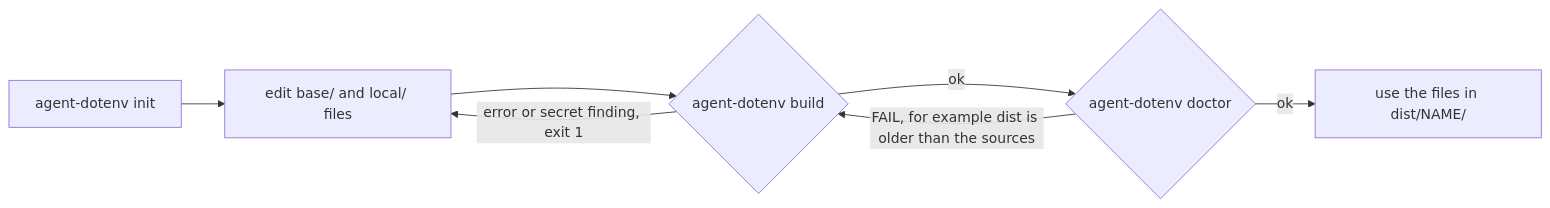
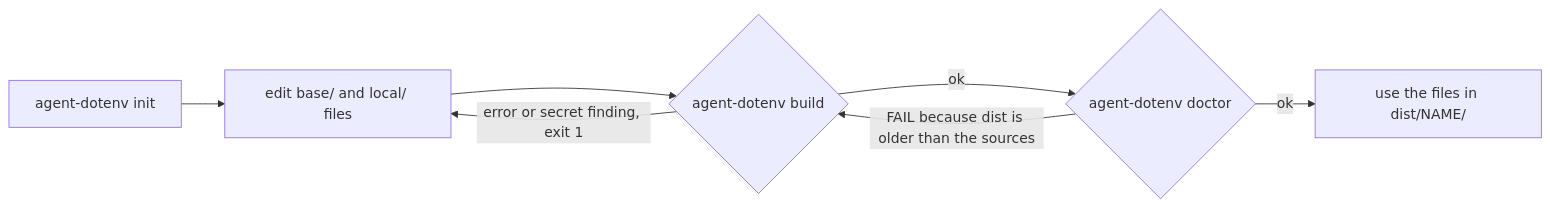
The first of 3 diagrams in README.md (suryast/agent-dotenv), drawn with Mermaid before and after one commit. The commit also changed 1 other file, not shown here.

Commit message:
docs: correct two diagram labels

````diff
--- a/README.md
+++ b/README.md
@@ -36,9 +36,9 @@
 ```mermaid
 flowchart LR
   I["agent-dotenv init"] --> E["edit base/ and local/ files"]
   E --> B{"agent-dotenv build"}
   B -- "error or secret finding, exit 1" --> E
   B -- "ok" --> D{"agent-dotenv doctor"}
-  D -- "FAIL, for example dist is older than the sources" --> B
+  D -- "FAIL because dist is older than the sources" --> B
   D -- "ok" --> U["use the files in dist/NAME/"]
 ```
````
